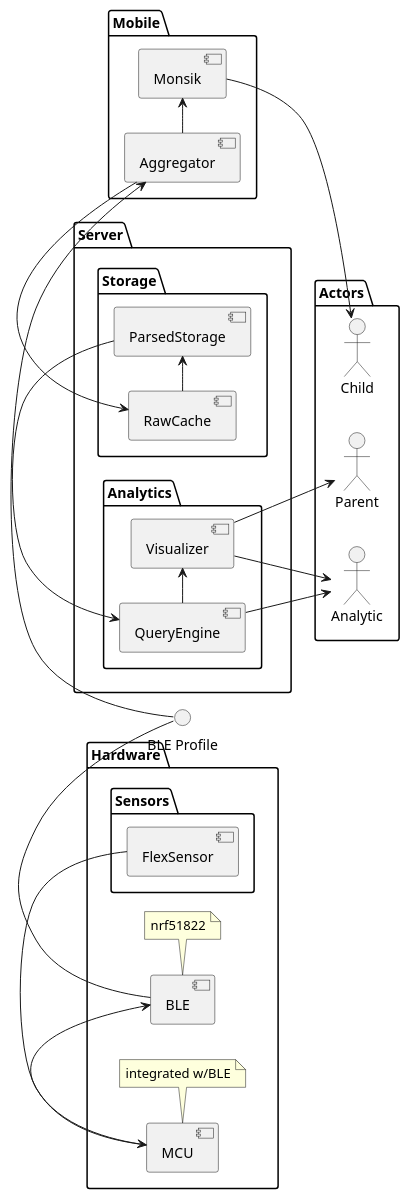
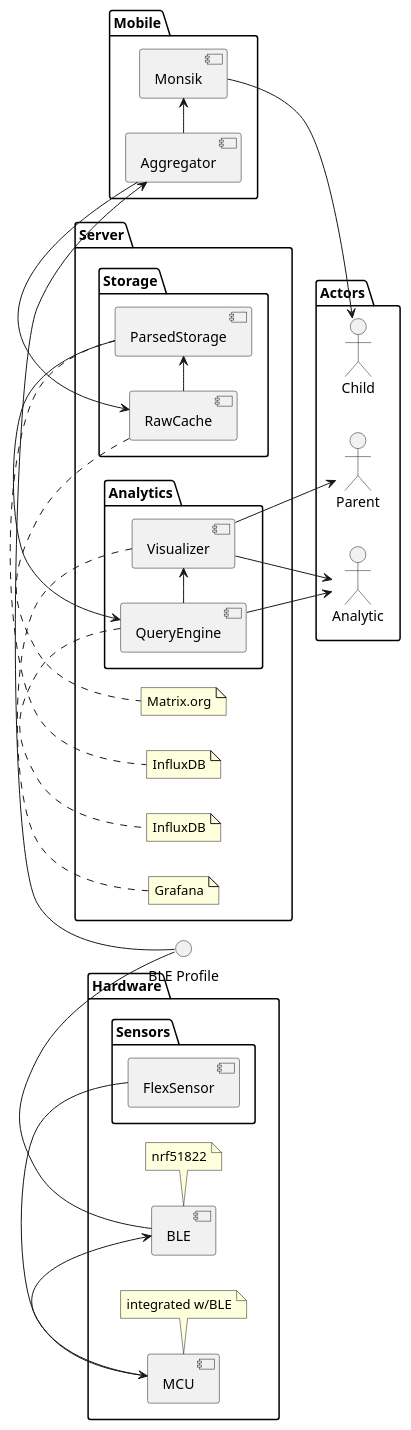
Before and after one commit to motorica-org/telemetry-docs: the diagram in architecture.puml, drawn with PlantUML.

Commit message:
feat(Architecture): Server: note tech used

```diff
--- a/architecture.puml
+++ b/architecture.puml
@@ -1,50 +1,55 @@
 @startuml
 skinparam componentStyle uml2
 left to right direction
 
 interface "BLE Profile" [[https://github.com/motorica-org/telemetry-docs/wiki/BLE-Profile]]
 
 package Hardware {
     component MCU
     component BLE
 
     package Sensors {
         [FlexSensor] -> [MCU]
     }
 
     [MCU] -> [BLE]
     [BLE] - (BLE Profile)
 
     note bottom of [MCU]: integrated w/BLE
     note bottom of [BLE]: nrf51822
 }
 
 package Mobile {
     (BLE Profile) -> [Aggregator]
     [Aggregator] -> [Monsik]
 }
 
 package Server {
     package Storage {
         [Aggregator] -> [RawCache]
         [RawCache] -> [ParsedStorage]
     }
     package Analytics {
         [ParsedStorage] -> [QueryEngine]
         [QueryEngine] -> [Visualizer]
     }
+
+    note bottom of RawCache: Matrix.org
+    note bottom of ParsedStorage: InfluxDB
+    note bottom of QueryEngine: InfluxDB
+    note bottom of Visualizer: Grafana
 }
 
 package Actors {
     actor Child
     actor Parent
     actor Analytic
 
     Child <- [Monsik]
 
     Parent <- [Visualizer]
 
     Analytic <-u- [QueryEngine]
     Analytic <-u- [Visualizer]
 }
 @enduml
```
